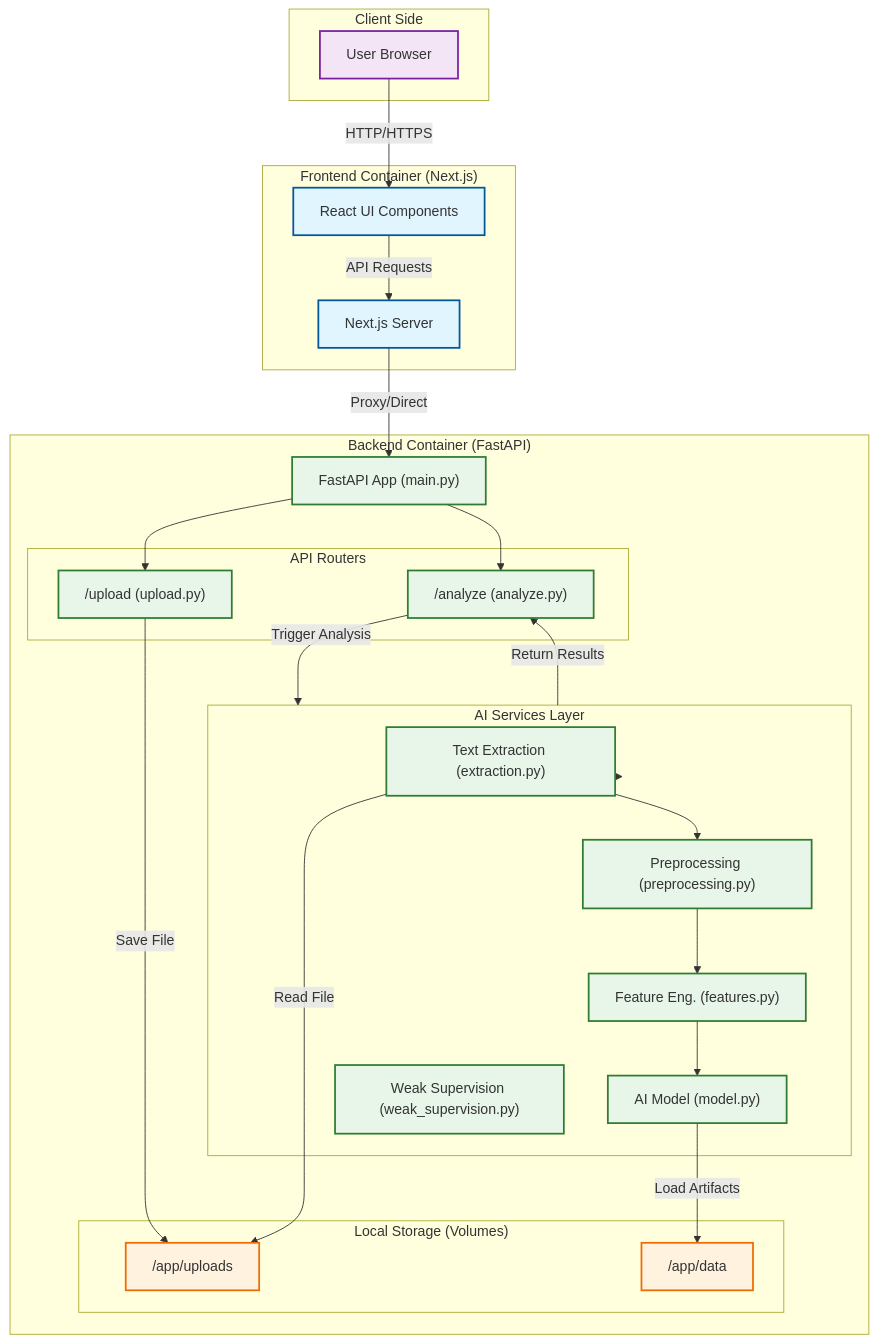
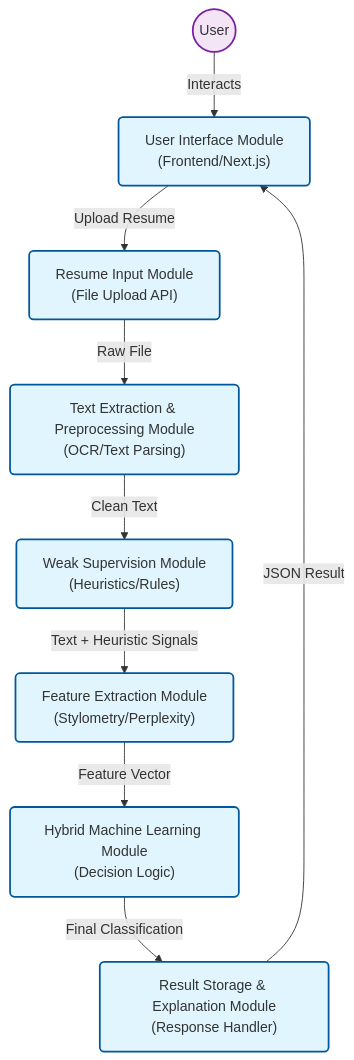
One commit to Saipreetham0/Sweety_Project changed the diagram in ARCHITECTURE.md. Above: the diagram before and after it, drawn with Mermaid. The commit also changed other lines of this file and 2 other files, not shown here.

Commit message:
Update architecture diagram and requirements for thesis

````diff
--- a/ARCHITECTURE.md
+++ b/ARCHITECTURE.md
@@ -11,68 +9,29 @@
 ```mermaid
 graph TD
-    subgraph Client ["Client Side"]
-        Browser["User Browser"]
-    end
+    %% Define Nodes
+    User(("User"))
+    UI["User Interface Module<br/>(Frontend/Next.js)"]
+    Input["Resume Input Module<br/>(File Upload API)"]
+    Extract["Text Extraction & Preprocessing Module<br/>(OCR/Text Parsing)"]
+    WeakSup["Weak Supervision Module<br/>(Heuristics/Rules)"]
+    Features["Feature Extraction Module<br/>(Stylometry/Perplexity)"]
+    HybridML["Hybrid Machine Learning Module<br/>(Decision Logic)"]
+    Storage["Result Storage & Explanation Module<br/>(Response Handler)"]
 
-    subgraph Frontend ["Frontend Container (Next.js)"]
-        NextServer["Next.js Server"]
-        UI["React UI Components"]
-    end
+    %% Define Flow
+    User -->|Interacts| UI
+    UI -->|Upload Resume| Input
+    Input -->|Raw File| Extract
+    Extract -->|Clean Text| WeakSup
+    WeakSup -->|Text + Heuristic Signals| Features
+    Features -->|Feature Vector| HybridML
+    HybridML -->|Final Classification| Storage
+    Storage -->|JSON Result| UI
 
-    subgraph Backend ["Backend Container (FastAPI)"]
-        API["FastAPI App (main.py)"]
-        
-        subgraph Routers ["API Routers"]
-            UploadRouter["/upload (upload.py)"]
-            AnalyzeRouter["/analyze (analyze.py)"]
-        end
-        
-        subgraph Services ["AI Services Layer"]
-            Extraction["Text Extraction (extraction.py)"]
-            Preprocessing["Preprocessing (preprocessing.py)"]
-            Features["Feature Eng. (features.py)"]
-            Model["AI Model (model.py)"]
-            WeakSup["Weak Supervision (weak_supervision.py)"]
-        end
-        
-        subgraph Storage ["Local Storage (Volumes)"]
-            UploadsDir["/app/uploads"]
-            DataDir["/app/data"]
-        end
-    end
+    %% Styles
+    classDef module fill:#e1f5fe,stroke:#01579b,stroke-width:2px,rx:5,ry:5;
+    classDef actor fill:#f3e5f5,stroke:#7b1fa2,stroke-width:2px;
 
-    %% Client Interactions
-    Browser -->|HTTP/HTTPS| UI
-    UI -->|API Requests| NextServer
-    NextServer -->|Proxy/Direct| API
-
-    %% API Routing
-    API --> UploadRouter
-    API --> AnalyzeRouter
-
-    %% Upload Flow
-    UploadRouter -->|Save File| UploadsDir
-    
-    %% Analysis Flow
-    AnalyzeRouter -->|Trigger Analysis| Services
-    
-    %% Service Logic
-    Services --> Extraction
-    Extraction -->|Read File| UploadsDir
-    Extraction --> Preprocessing
-    Preprocessing --> Features
-    Features --> Model
-    Model -->|Load Artifacts| DataDir
-    Services -->|Return Results| AnalyzeRouter
-
-    %% Styling
-    classDef frontend fill:#e1f5fe,stroke:#01579b,stroke-width:2px;
-    classDef backend fill:#e8f5e9,stroke:#2e7d32,stroke-width:2px;
-    classDef storage fill:#fff3e0,stroke:#ef6c00,stroke-width:2px;
-    classDef client fill:#f3e5f5,stroke:#7b1fa2,stroke-width:2px;
-
-    class UI,NextServer frontend;
-    class API,UploadRouter,AnalyzeRouter,Extraction,Preprocessing,Features,Model,WeakSup backend;
-    class UploadsDir,DataDir storage;
-    class Browser client;
+    class UI,Input,Extract,WeakSup,Features,HybridML,Storage module;
+    class User actor;
 ```
````
